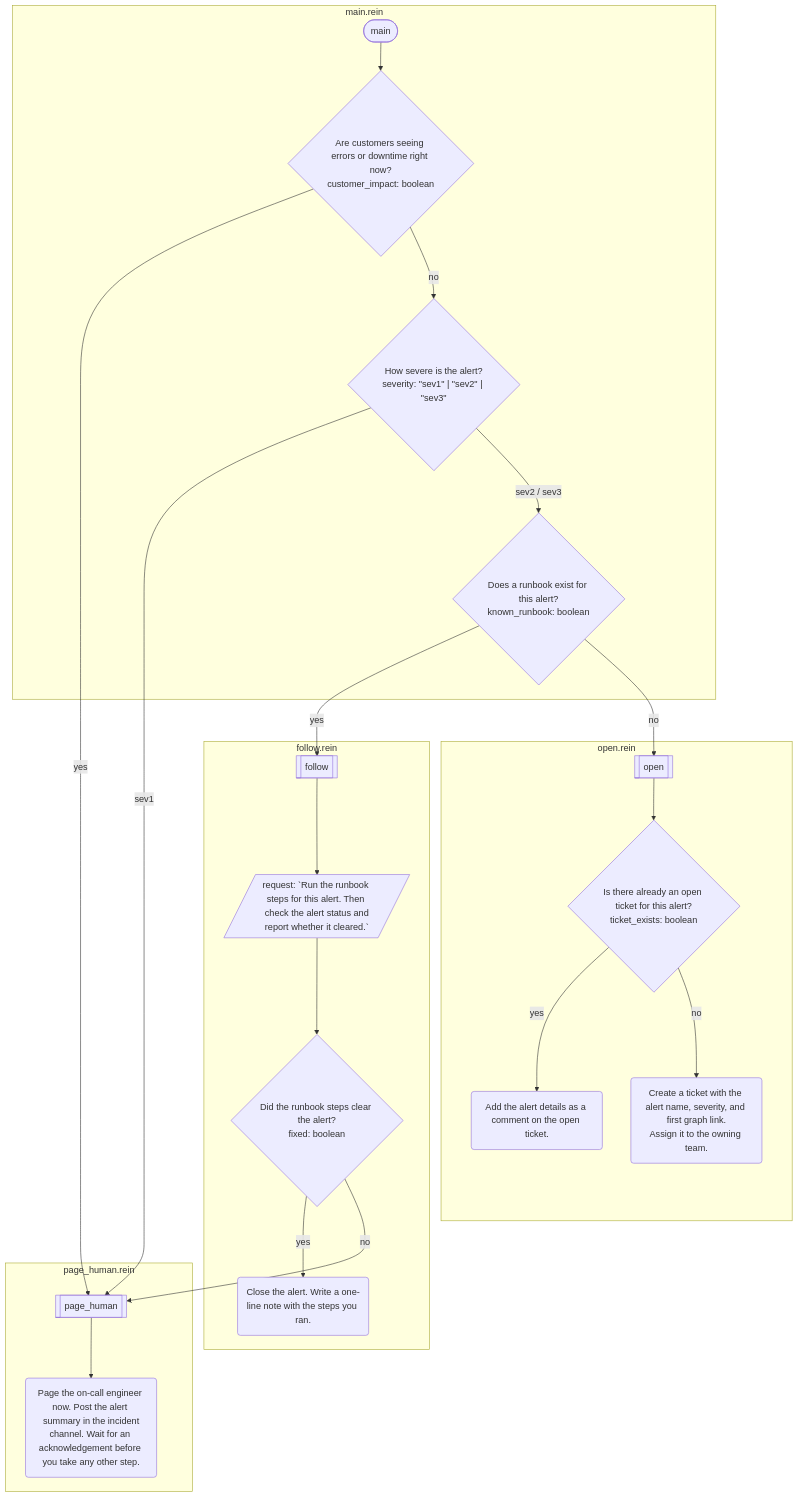
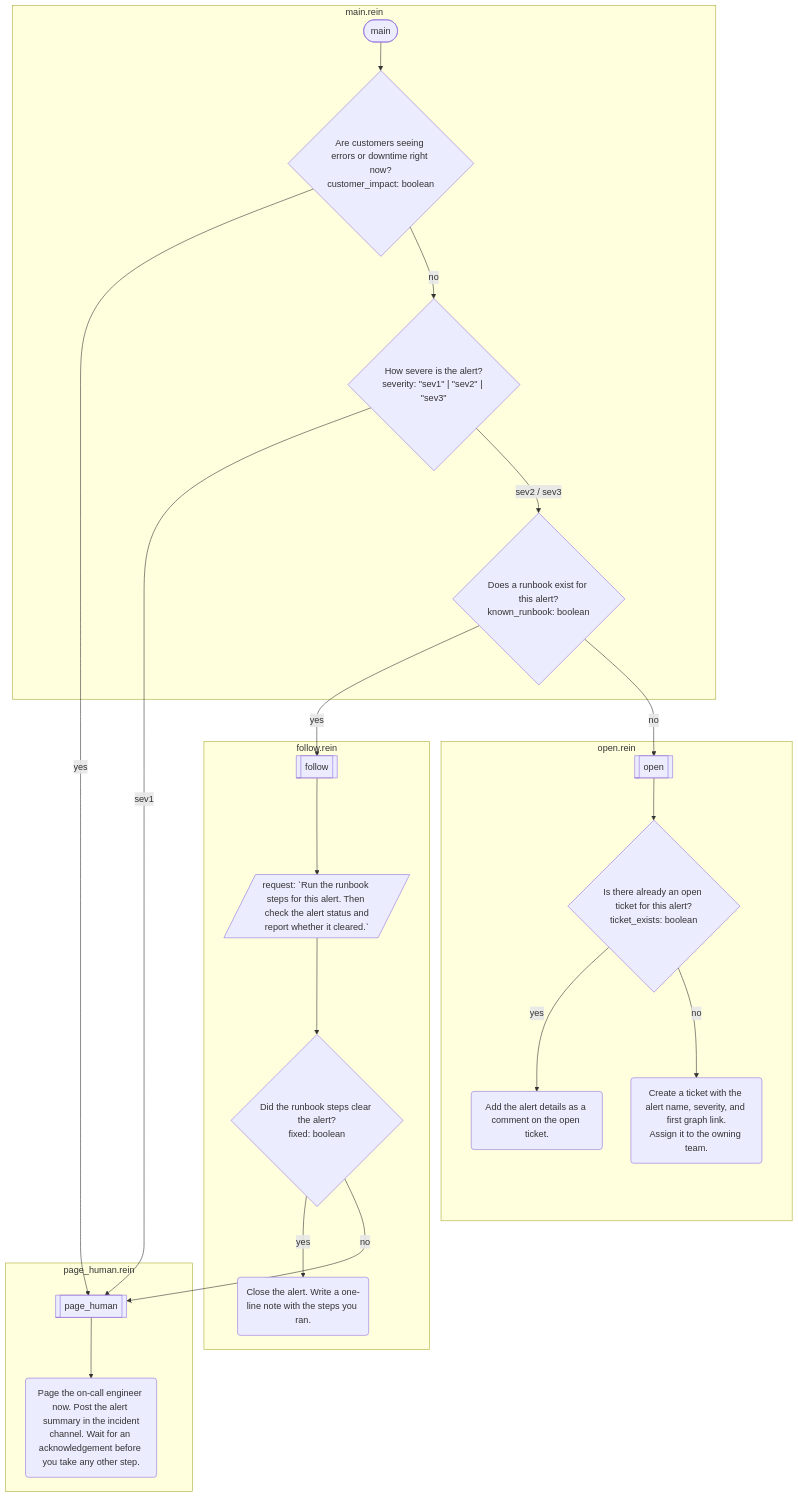
One commit to rein-lang/rein-lang.com changed the diagram in docs/examples/incident-triage.md. Above: the diagram before and after it, drawn with Mermaid. The commit also changed 3 other files, not shown here.

First line of the commit message:
feat(watch): visual-first rein watch page with flow graphs (#85)

````diff
--- a/docs/examples/incident-triage.md
+++ b/docs/examples/incident-triage.md
@@ -11,40 +11,40 @@
 ```mermaid
 flowchart TD
     subgraph s0 ["follow.rein"]
         f0[["follow"]]
-        f0_0[/"request: #96;Run the runbook steps for this alert. Then check the alert status and<br/>report whether it cleared.#96;"/]
+        f0_0[/"request: ˋRun the runbook steps for this alert. Then check the alert status and<br/>report whether it cleared.ˋ"/]
         f0_1{"Did the runbook steps clear the alert?<br/>fixed: boolean"}
         f0_2("Close the alert. Write a one-line note with the steps you ran.")
     end
     subgraph s1 ["main.rein"]
         f1(["main"])
         f1_0{"Are customers seeing errors or downtime right now?<br/>customer_impact: boolean"}
         f1_1{"How severe is the alert?<br/>severity: #quot;sev1#quot; | #quot;sev2#quot; | #quot;sev3#quot;"}
         f1_2{"Does a runbook exist for this alert?<br/>known_runbook: boolean"}
     end
     subgraph s2 ["open.rein"]
         f2[["open"]]
         f2_0{"Is there already an open ticket for this alert?<br/>ticket_exists: boolean"}
         f2_1("Add the alert details as a comment on the open ticket.")
         f2_2("Create a ticket with the alert name, severity, and first graph link.<br/>Assign it to the owning team.")
     end
     subgraph s3 ["page_human.rein"]
         f3[["page_human"]]
         f3_0("Page the on-call engineer now. Post the alert summary in the incident<br/>channel. Wait for an acknowledgement before you take any other step.")
     end
     f0 --> f0_0
     f0_0 --> f0_1
     f0_1 -->|"yes"| f0_2
     f0_1 -->|"no"| f3
     f1 --> f1_0
     f1_0 -->|"yes"| f3
     f1_0 -->|"no"| f1_1
     f1_1 -->|"sev1"| f3
     f1_1 -->|"sev2 / sev3"| f1_2
     f1_2 -->|"yes"| f0
     f1_2 -->|"no"| f2
     f2 --> f2_0
     f2_0 -->|"yes"| f2_1
     f2_0 -->|"no"| f2_2
     f3 --> f3_0
 ```
````
